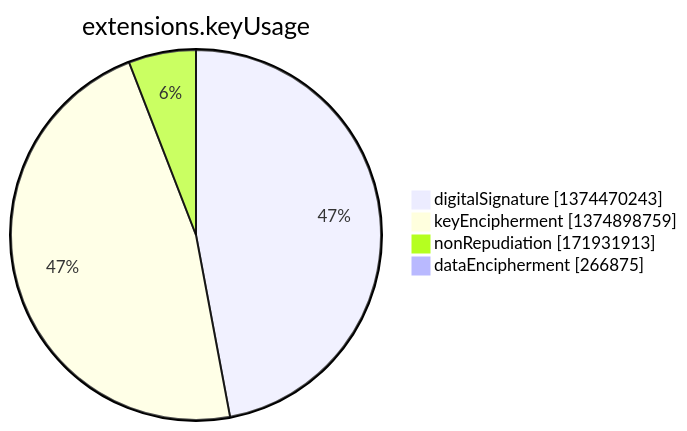
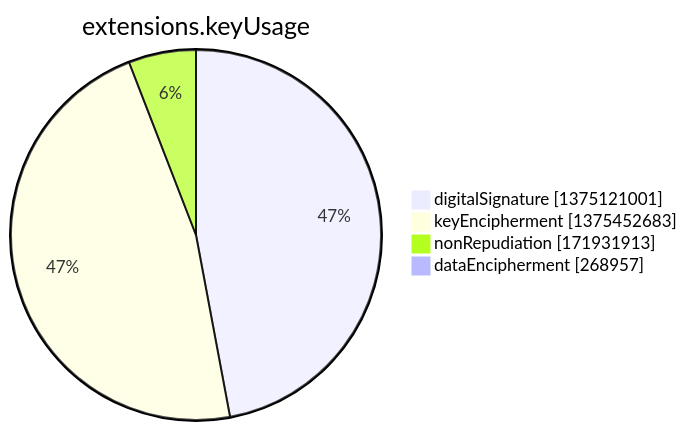
The seventh of 15 diagrams in argon2022/README.md (christiankrug/ctmonitor_visualization), drawn with Mermaid before and after one commit. The commit also changed other lines of this file, not shown here.

````diff
--- a/argon2022/README.md
+++ b/argon2022/README.md
@@ -2751,8 +2751,8 @@
 ```mermaid
 pie showData
 title extensions.keyUsage
-"digitalSignature" :1374470243
-"keyEncipherment" :1374898759
+"digitalSignature" :1375121001
+"keyEncipherment" :1375452683
 "nonRepudiation" :171931913
-"dataEncipherment" :266875
+"dataEncipherment" :268957
 ```
````
